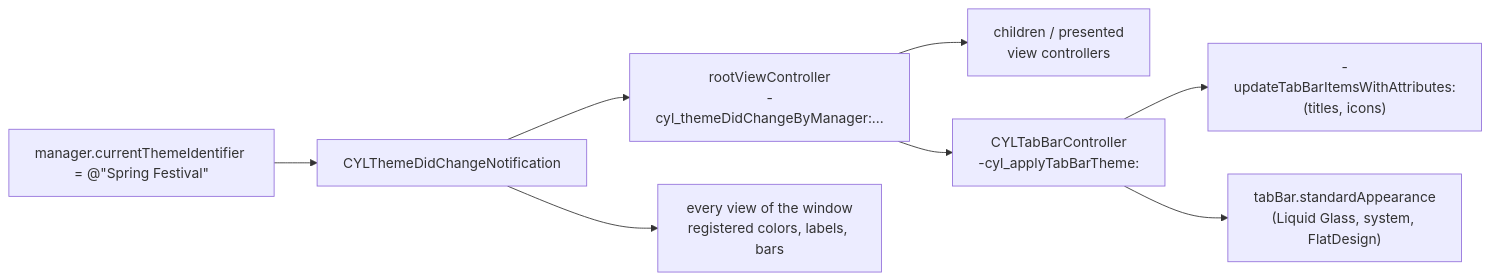
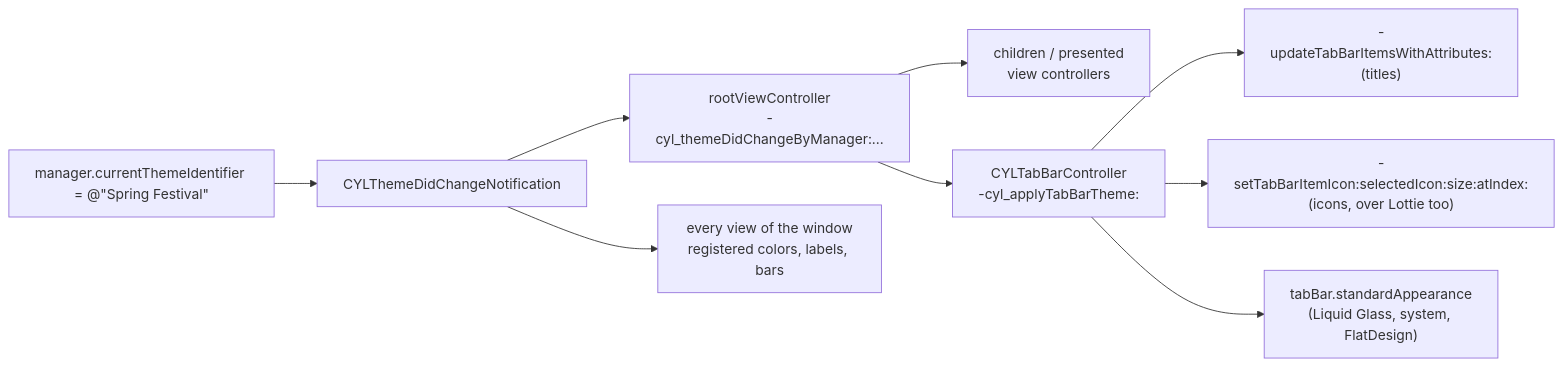
Before and after one commit to ChenYilong/CYLTabBarController: the diagram in docs/Theme-Switching.md, drawn with Mermaid. The commit also changed other lines of this file and 1180 other files, not shown here.

````diff
--- a/docs/Theme-Switching.md
+++ b/docs/Theme-Switching.md
@@ -105,10 +147,11 @@
 ```mermaid
 flowchart LR
     A["manager.currentThemeIdentifier = @&quot;Spring Festival&quot;"] --> B[CYLThemeDidChangeNotification]
     B --> C["rootViewController<br/>-cyl_themeDidChangeByManager:..."]
     C --> D["children / presented<br/>view controllers"]
     C --> E["CYLTabBarController<br/>-cyl_applyTabBarTheme:"]
-    E --> F["-updateTabBarItemsWithAttributes:<br/>(titles, icons)"]
+    E --> F["-updateTabBarItemsWithAttributes:<br/>(titles)"]
+    E --> I["-setTabBarItemIcon:selectedIcon:size:atIndex:<br/>(icons, over Lottie too)"]
     E --> G["tabBar.standardAppearance<br/>(Liquid Glass, system, FlatDesign)"]
     B --> H["every view of the window<br/>registered colors, labels, bars"]
 ```
````
